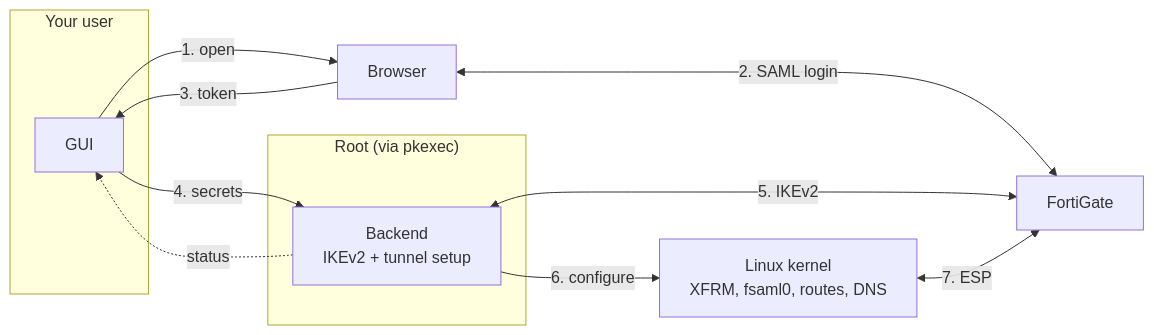
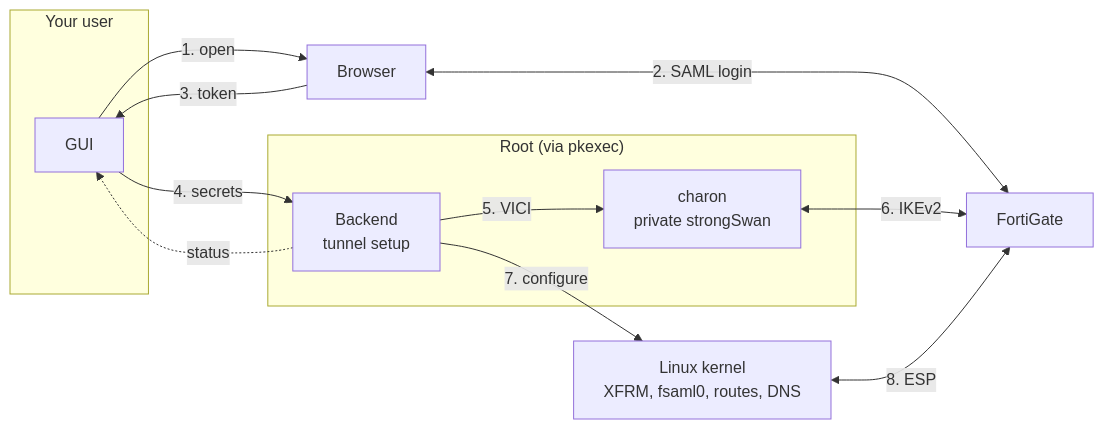
Before and after one commit to TeaDrinkingProgrammer/archway-vpn: the diagram in README.md, drawn with Mermaid. The commit also changed other lines of this file and 21 other files, not shown here.

First line of the commit message:
Run IKEv2 through strongSwan and give every setting a checked type (#4)

````diff
--- a/README.md
+++ b/README.md
@@ -78,21 +68,23 @@
 ```mermaid
 flowchart LR
     subgraph user["Your user"]
         gui["GUI"]
     end
     subgraph root["Root (via pkexec)"]
-        be["Backend<br/>IKEv2 + tunnel setup"]
+        be["Backend<br/>tunnel setup"]
+        ch["charon<br/>private strongSwan"]
     end
     browser["Browser"]
     kernel["Linux kernel<br/>XFRM, fsaml0, routes, DNS"]
     fg["FortiGate"]
 
     gui -->|"1. open"| browser
     browser <-->|"2. SAML login"| fg
     browser -->|"3. token"| gui
     gui -->|"4. secrets"| be
-    be <-->|"5. IKEv2"| fg
-    be -->|"6. configure"| kernel
-    kernel <-->|"7. ESP"| fg
+    be -->|"5. VICI"| ch
+    ch <-->|"6. IKEv2"| fg
+    be -->|"7. configure"| kernel
+    kernel <-->|"8. ESP"| fg
     be -.->|"status"| gui
 ```
````
